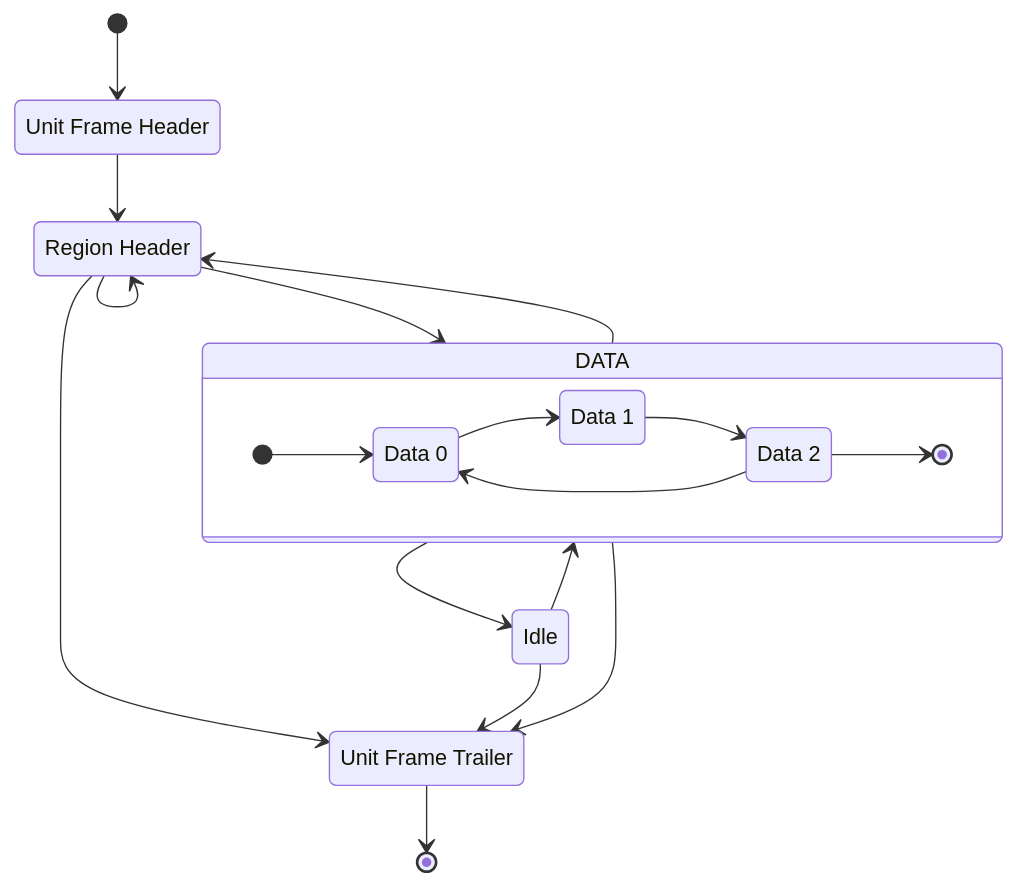
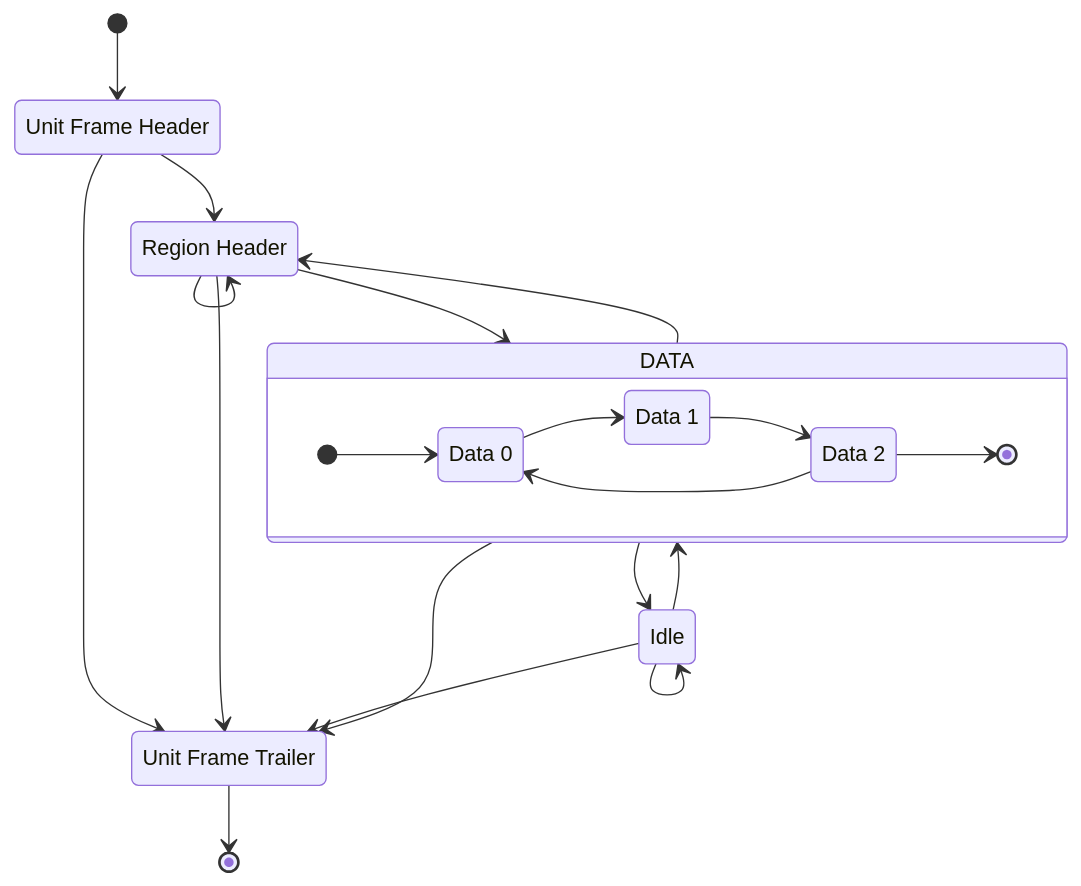
One commit to CramBL/moss_decoder changed the first of 3 diagrams in README.md. Above: the diagram before and after it, drawn with Mermaid.

Commit message:
update moss protocol fsm with more legal transitions

````diff
--- a/README.md
+++ b/README.md
@@ -98,38 +98,40 @@
 ```mermaid
 stateDiagram-v2
   frame_header : Unit Frame Header
   frame_trailer : Unit Frame Trailer
   region_header : Region Header
   data_0 : Data 0
   data_1 : Data 1
   data_2 : Data 2
   idle : Idle
 
     [*] --> frame_header
 
     frame_header --> region_header
+    frame_header --> frame_trailer
 
     region_header --> region_header
     region_header --> frame_trailer
     region_header --> DATA
 
     state DATA {
       direction LR
       [*] --> data_0
       data_0 --> data_1
       data_1 --> data_2
       data_2 --> data_0
       data_2 --> [*]
     }
 
     DATA --> idle
     DATA --> region_header
     DATA --> frame_trailer
 
 
     idle --> DATA
+    idle --> idle
     idle --> frame_trailer
 
     frame_trailer --> [*]
 
 ```
````
